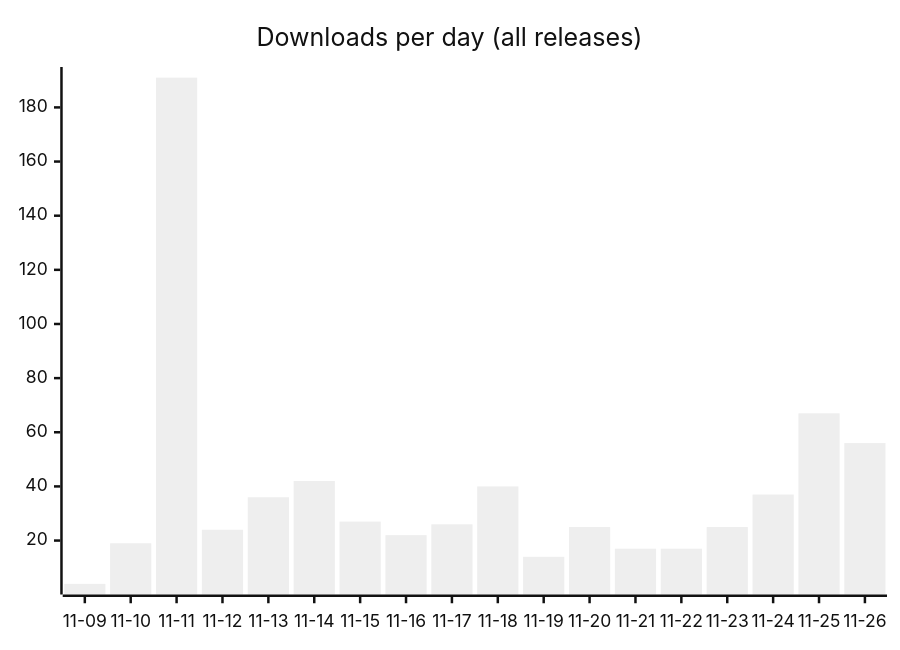
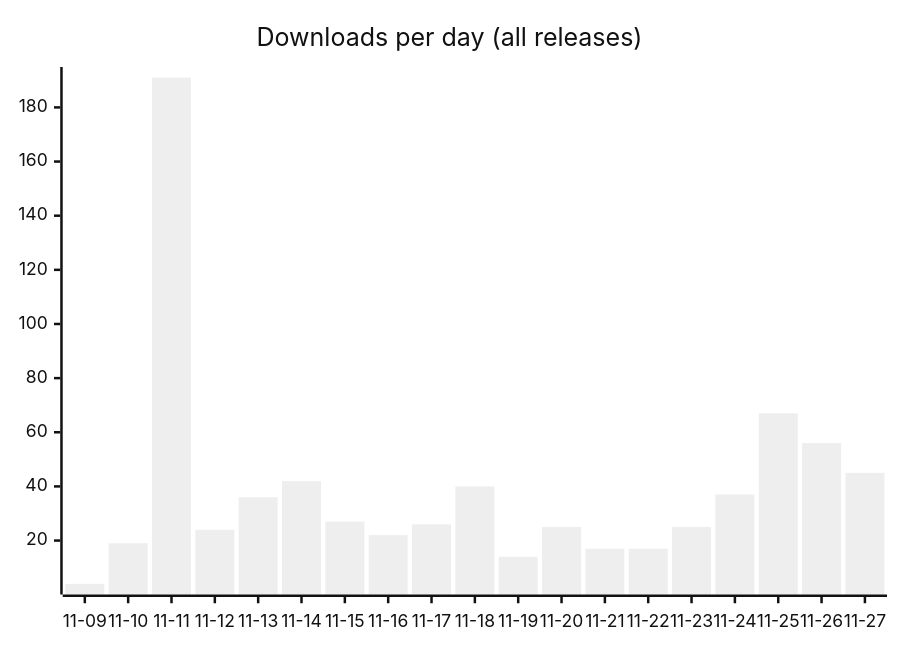
Before and after one commit to fmadore/Live-translation: the first of 2 diagrams in README.md, drawn with Mermaid (neutral theme). The commit also changed other lines of this file and 3 other files, not shown here.

````diff
--- a/README.md
+++ b/README.md
@@ -58,6 +58,6 @@
 ```mermaid
 xychart-beta
     title "Downloads per day (all releases)"
-    x-axis ["11-09", "11-10", "11-11", "11-12", "11-13", "11-14", "11-15", "11-16", "11-17", "11-18", "11-19", "11-20", "11-21", "11-22", "11-23", "11-24", "11-25", "11-26"]
-    bar [4, 19, 191, 24, 36, 42, 27, 22, 26, 40, 14, 25, 17, 17, 25, 37, 67, 56]
+    x-axis ["11-09", "11-10", "11-11", "11-12", "11-13", "11-14", "11-15", "11-16", "11-17", "11-18", "11-19", "11-20", "11-21", "11-22", "11-23", "11-24", "11-25", "11-26", "11-27"]
+    bar [4, 19, 191, 24, 36, 42, 27, 22, 26, 40, 14, 25, 17, 17, 25, 37, 67, 56, 45]
 ```
````
